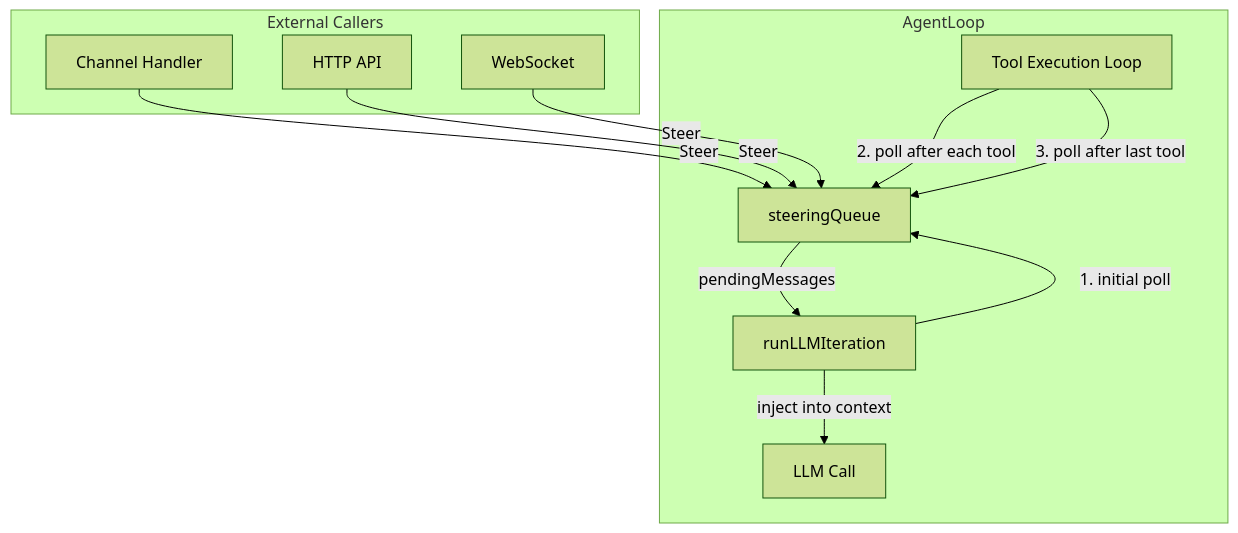
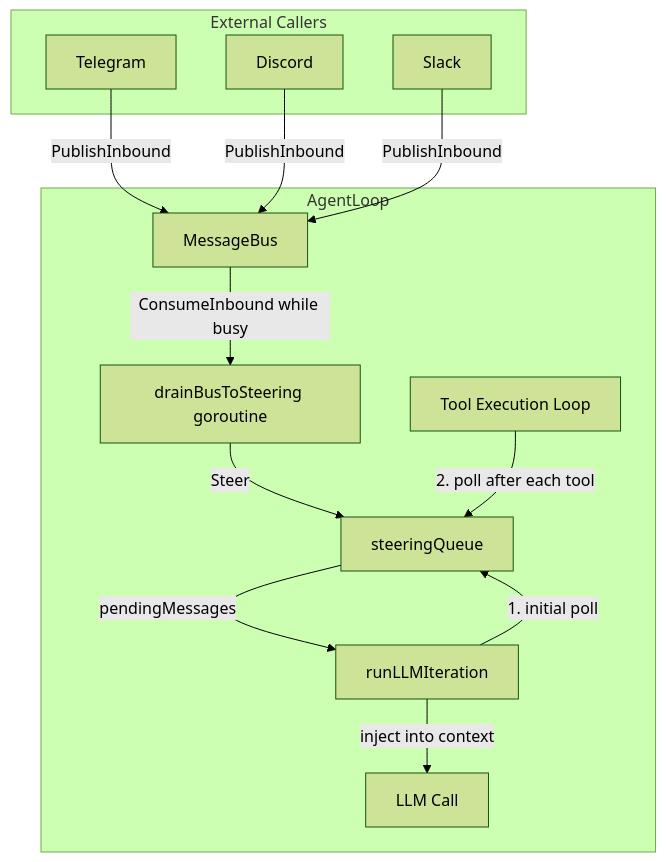
One commit to afjcjsbx/picoclaw changed the first of 4 diagrams in docs/design/steering-spec.md. Above: the diagram before and after it, drawn with Mermaid (forest theme). The commit also changed other lines of this file and 2 other files, not shown here.

````diff
--- a/docs/design/steering-spec.md
+++ b/docs/design/steering-spec.md
@@ -19,26 +19,30 @@
 ```mermaid
 graph TD
     subgraph External Callers
-        CH[Channel Handler]
-        API[HTTP API]
-        WS[WebSocket]
+        TG[Telegram]
+        DC[Discord]
+        SL[Slack]
     end
 
     subgraph AgentLoop
+        BUS[MessageBus]
+        DRAIN[drainBusToSteering goroutine]
         SQ[steeringQueue]
         RLI[runLLMIteration]
         TE[Tool Execution Loop]
         LLM[LLM Call]
     end
 
-    CH -->|Steer| SQ
-    API -->|Steer| SQ
-    WS -->|Steer| SQ
+    TG -->|PublishInbound| BUS
+    DC -->|PublishInbound| BUS
+    SL -->|PublishInbound| BUS
+
+    BUS -->|ConsumeInbound while busy| DRAIN
+    DRAIN -->|Steer| SQ
 
     RLI -->|1. initial poll| SQ
     TE -->|2. poll after each tool| SQ
-    TE -->|3. poll after last tool| SQ
 
     SQ -->|pendingMessages| RLI
     RLI -->|inject into context| LLM
 ```
````
